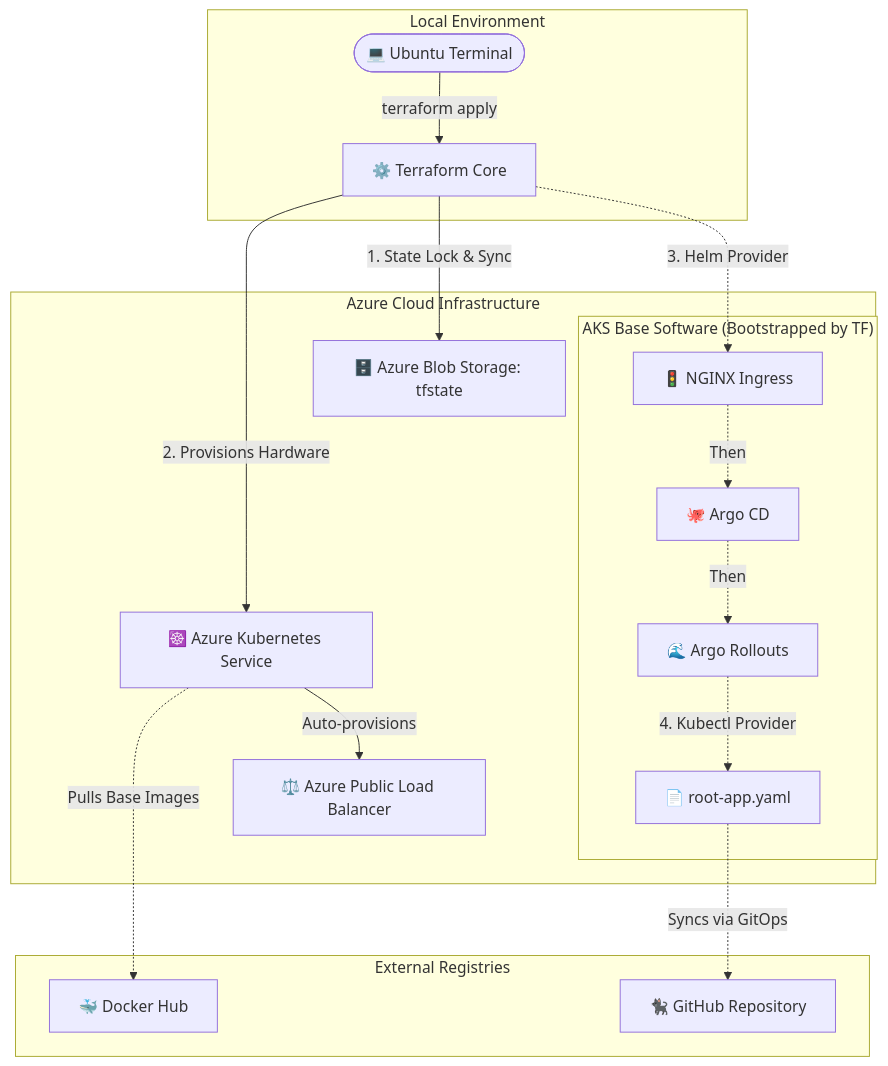
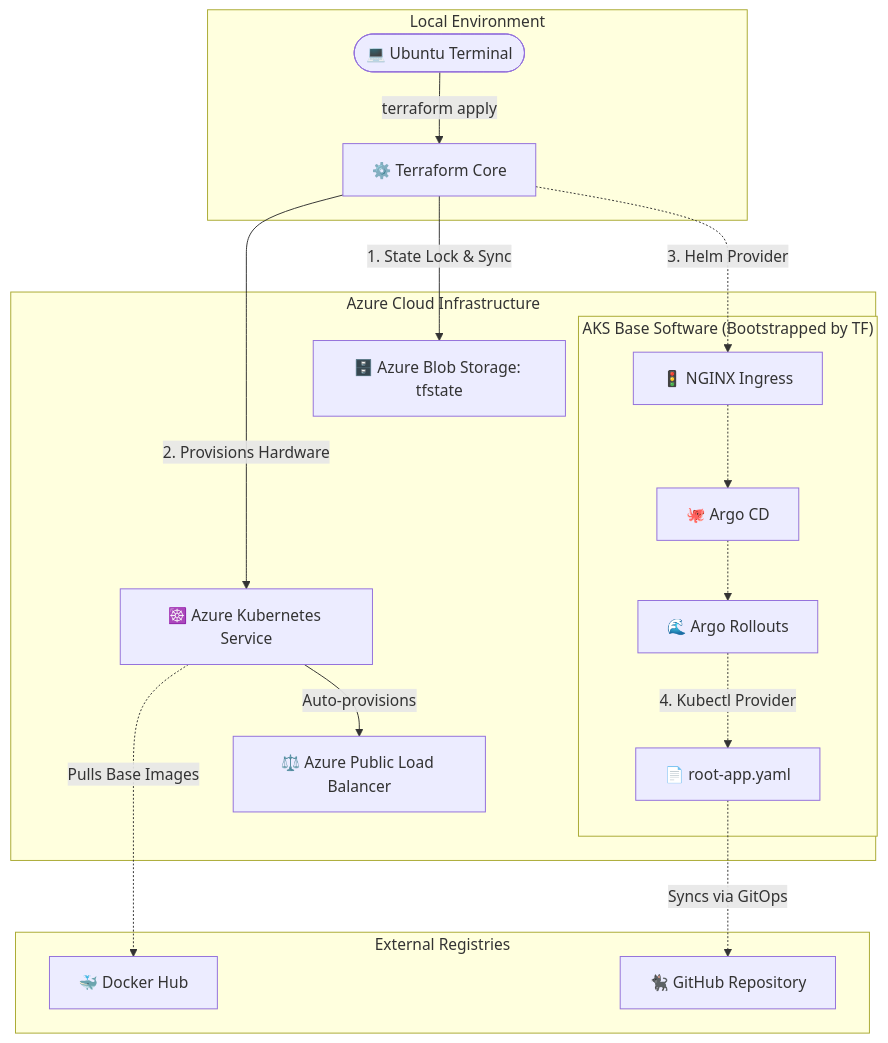
One commit to potdartapan/gitops-project changed the second of 3 diagrams in README.md. Above: the diagram before and after it, drawn with Mermaid. The commit also changed other lines of this file, not shown here.

````diff
--- a/README.md
+++ b/README.md
@@ -28,25 +28,25 @@
 ```mermaid
 graph TD
     subgraph Local["Local Environment"]
         Terminal([💻 Ubuntu Terminal]) -->|terraform apply| TF[⚙️ Terraform Core]
     end
 
     subgraph Azure["Azure Cloud Infrastructure"]
         TF -->|1. State Lock & Sync| Blob[🗄️ Azure Blob Storage: tfstate]
         
         TF -->|2. Provisions Hardware| AKS[☸️ Azure Kubernetes Service]
         AKS -->|Auto-provisions| ALB[⚖️ Azure Public Load Balancer]
         
         subgraph Bootstrapped["AKS Base Software (Bootstrapped by TF)"]
             TF -.->|3. Helm Provider| Nginx[🚦 NGINX Ingress]
-            Nginx -.->|Then| ArgoCD[🐙 Argo CD]
-            ArgoCD -.->|Then| Rollouts[🌊 Argo Rollouts]
+            Nginx -.-> ArgoCD[🐙 Argo CD]
+            ArgoCD -.-> Rollouts[🌊 Argo Rollouts]
             Rollouts -.->|4. Kubectl Provider| RootApp[📄 root-app.yaml]
         end
     end
 
     subgraph External["External Registries"]
         AKS -.->|Pulls Base Images| DockerHub[🐳 Docker Hub]
         RootApp -.->|Syncs via GitOps| GitHub[🐈‍⬛ GitHub Repository]
     end
 ```
````
